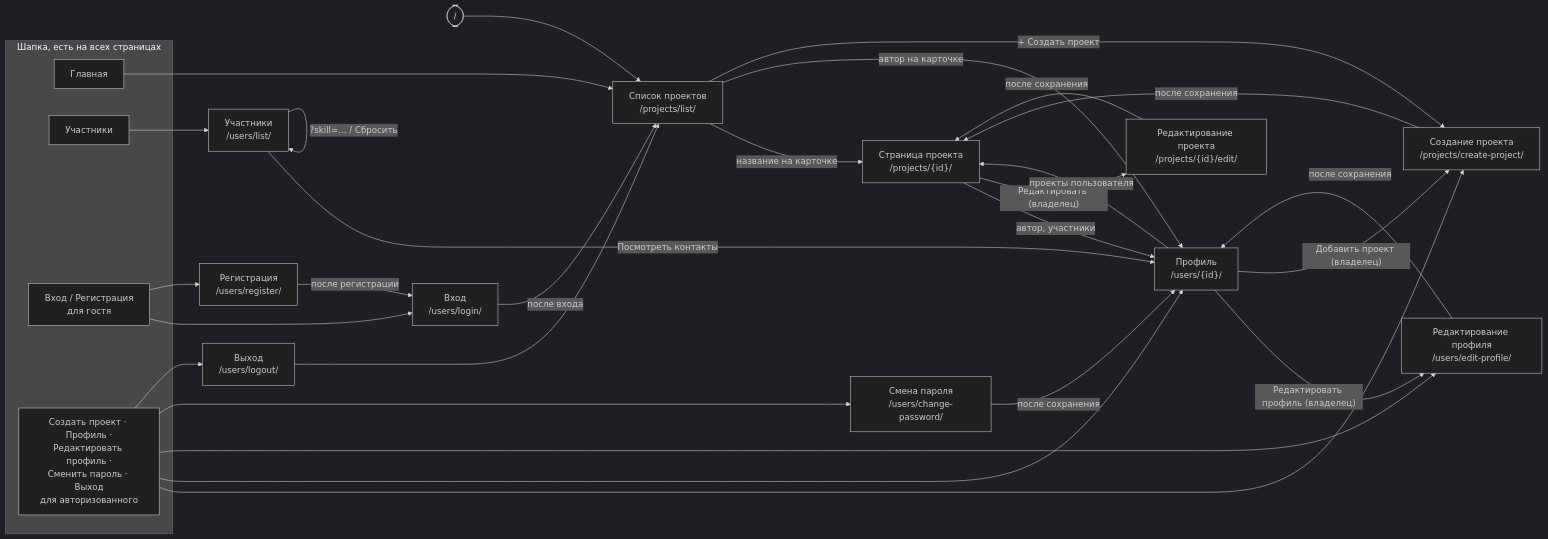
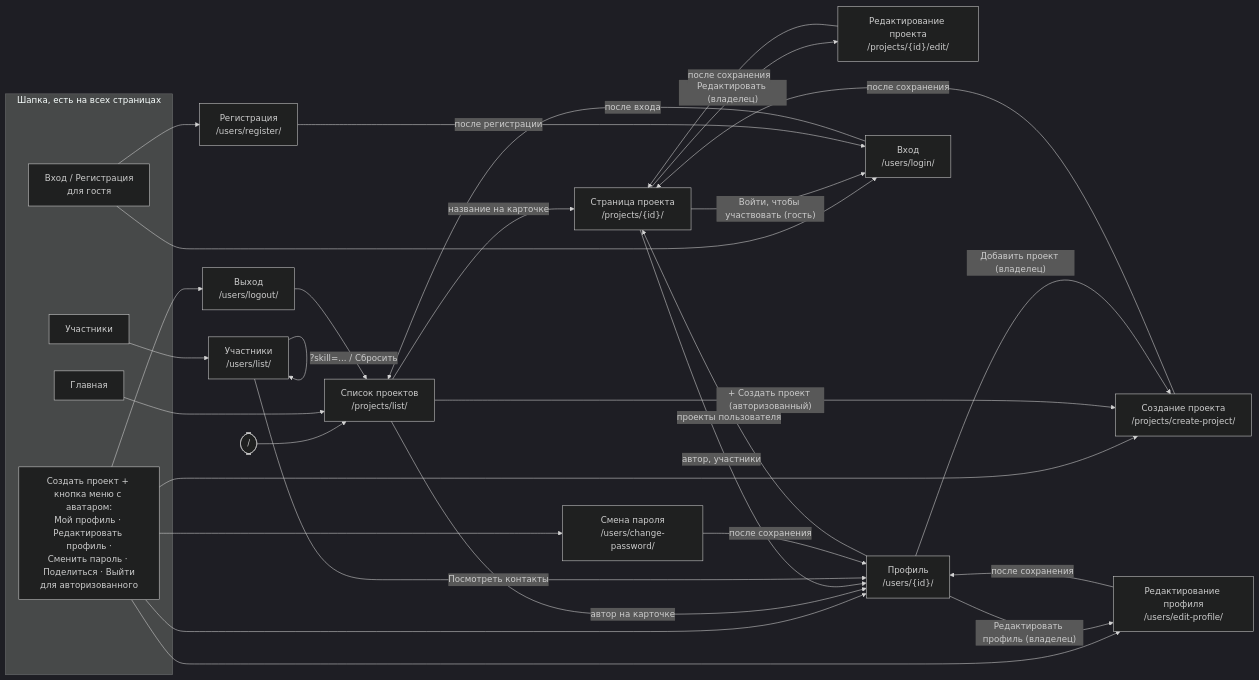
One commit to g3eraa/team-finder-ad changed diagram 23 of 24 in ARCHITECTURE.md. Above: the diagram before and after it, drawn with Mermaid (dark theme). The commit also changed other lines of this file and 53 other files, not shown here.

````diff
--- a/ARCHITECTURE.md
+++ b/ARCHITECTURE.md
@@ -822,47 +853,48 @@
 ```mermaid
 flowchart LR
     ROOT(["/"]) --> PL
 
     subgraph HEADER["Шапка, есть на всех страницах"]
         H1["Главная"]
         H2["Участники"]
         H3["Вход / Регистрация<br/>для гостя"]
-        H4["Создать проект · Профиль ·<br/>Редактировать профиль ·<br/>Сменить пароль · Выход<br/>для авторизованного"]
+        H4["Создать проект + кнопка меню с аватаром:<br/>Мой профиль · Редактировать профиль ·<br/>Сменить пароль · Поделиться · Выйти<br/>для авторизованного"]
     end
 
     PL["Список проектов<br/>/projects/list/"]
     PD["Страница проекта<br/>/projects/{id}/"]
     PC["Создание проекта<br/>/projects/create-project/"]
     PE["Редактирование проекта<br/>/projects/{id}/edit/"]
     UL["Участники<br/>/users/list/"]
     UD["Профиль<br/>/users/{id}/"]
     UE["Редактирование профиля<br/>/users/edit-profile/"]
     UC["Смена пароля<br/>/users/change-password/"]
     LI["Вход<br/>/users/login/"]
     RG["Регистрация<br/>/users/register/"]
     LO["Выход<br/>/users/logout/"]
 
     H1 --> PL
     H2 --> UL
     H3 --> LI & RG
     H4 --> PC & UD & UE & UC & LO
 
     PL -- "название на карточке" --> PD
     PL -- "автор на карточке" --> UD
-    PL -- "+ Создать проект" --> PC
+    PL -- "+ Создать проект (авторизованный)" --> PC
     PD -- "автор, участники" --> UD
     PD -- "Редактировать (владелец)" --> PE
+    PD -- "Войти, чтобы участвовать (гость)" --> LI
     UD -- "проекты пользователя" --> PD
     UD -- "Редактировать профиль (владелец)" --> UE
     UD -- "Добавить проект (владелец)" --> PC
     UL -- "Посмотреть контакты" --> UD
     UL -- "?skill=... / Сбросить" --> UL
 
     RG -- "после регистрации" --> LI
     LI -- "после входа" --> PL
     LO --> PL
     PC -- "после сохранения" --> PD
     PE -- "после сохранения" --> PD
     UE -- "после сохранения" --> UD
     UC -- "после сохранения" --> UD
 ```
````
